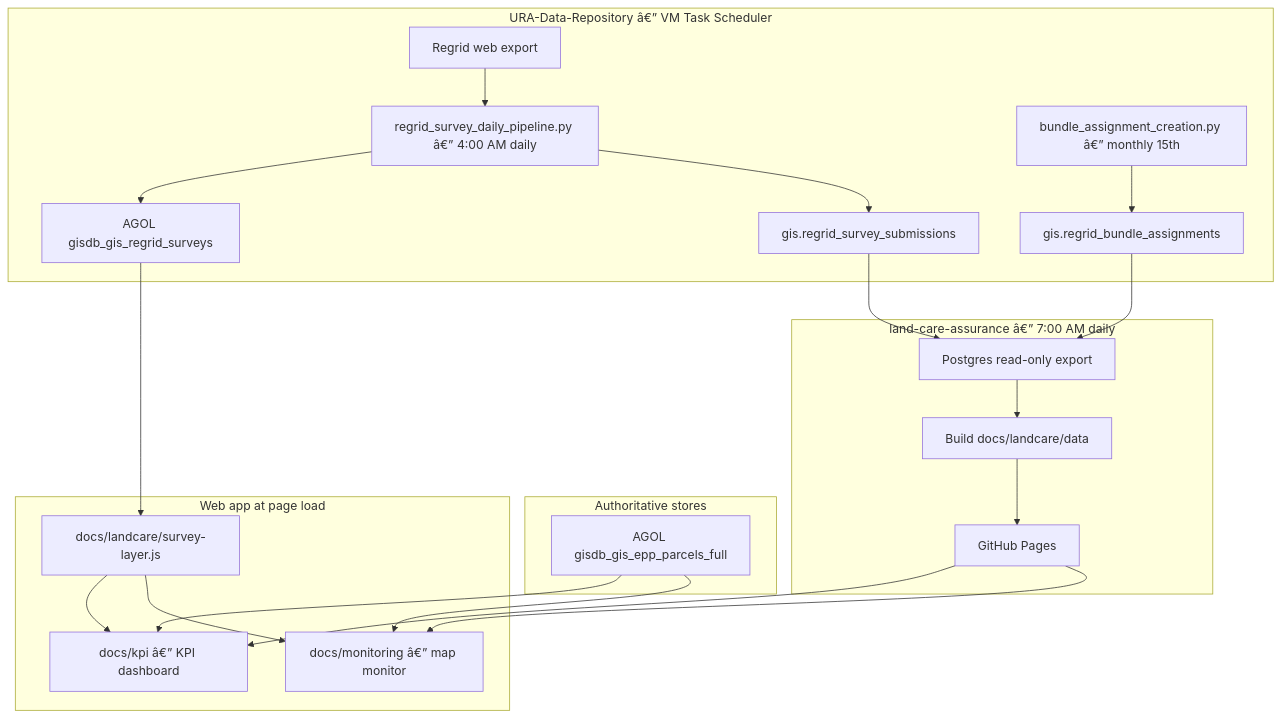
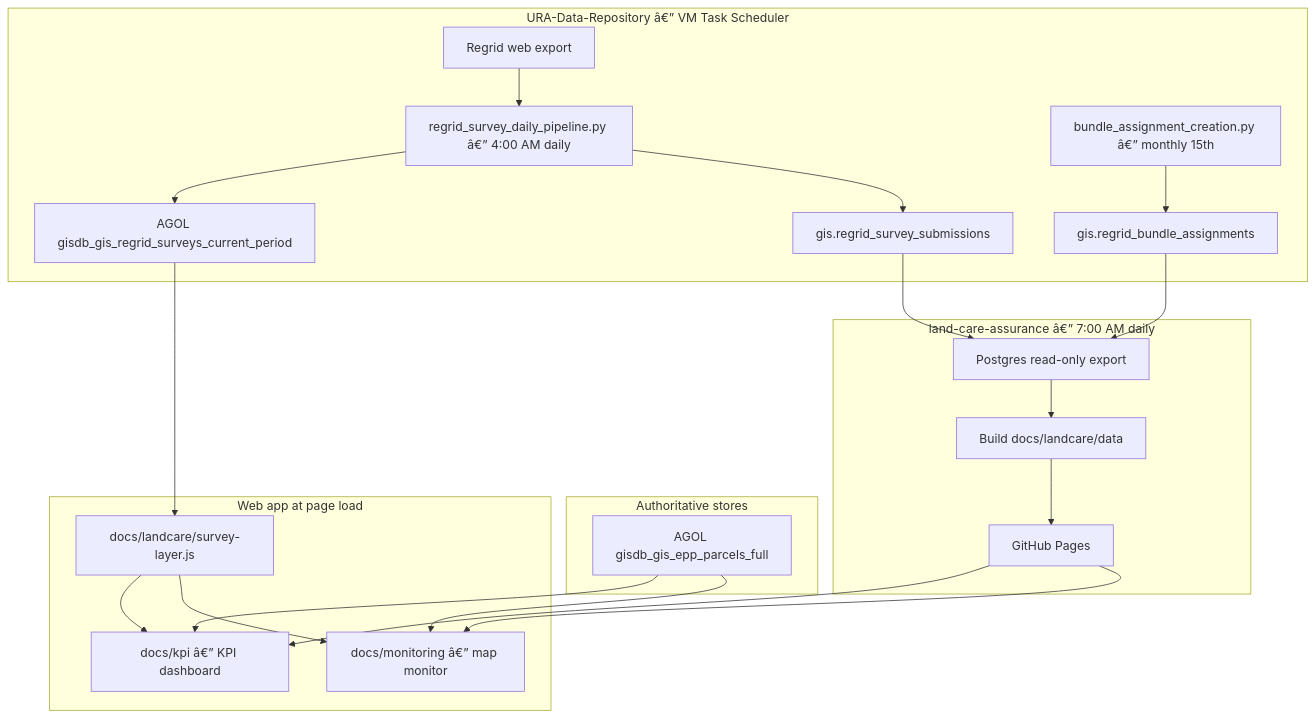
One commit to rutomo-ura/land-care-assurance changed the first of 2 diagrams in docs/landcare-architecture.md. Above: the diagram before and after it, drawn with Mermaid. The commit also changed other lines of this file and 10 other files, not shown here.

Commit message:
Point LandCare surveys to current-period AGOL layer

````diff
--- a/docs/landcare-architecture.md
+++ b/docs/landcare-architecture.md
@@ -23,42 +23,42 @@
 ```mermaid
 flowchart TB
     subgraph upstream ["URA-Data-Repository â€” VM Task Scheduler"]
         Regrid["Regrid web export"]
         DailyPipe["regrid_survey_daily_pipeline.py â€” 4:00 AM daily"]
         BundlePipe["bundle_assignment_creation.py â€” monthly 15th"]
         Regrid --> DailyPipe
         BundlePipe --> PGAssign["gis.regrid_bundle_assignments"]
         DailyPipe --> PGSurvey["gis.regrid_survey_submissions"]
-        DailyPipe --> AGOLSurvey["AGOL gisdb_gis_regrid_surveys"]
+        DailyPipe --> AGOLSurvey["AGOL gisdb_gis_regrid_surveys_current_period"]
     end
 
     subgraph store ["Authoritative stores"]
         PGSurvey
         PGAssign
         AGOLSurvey
         AGOLEpp["AGOL gisdb_gis_epp_parcels_full"]
     end
 
     subgraph downstream ["land-care-assurance â€” 7:00 AM daily"]
         Export["Postgres read-only export"]
         Build["Build docs/landcare/data"]
         GitPages["GitHub Pages"]
         Export --> Build --> GitPages
     end
 
     subgraph runtime ["Web app at page load"]
         Monitor["docs/monitoring â€” map monitor"]
         KPI["docs/kpi â€” KPI dashboard"]
         SurveyJS["docs/landcare/survey-layer.js"]
         GitPages --> Monitor
         GitPages --> KPI
         AGOLSurvey --> SurveyJS
         SurveyJS --> Monitor
         SurveyJS --> KPI
         AGOLEpp --> Monitor
         AGOLEpp --> KPI
     end
 
     PGSurvey --> Export
     PGAssign --> Export
 ```
````
